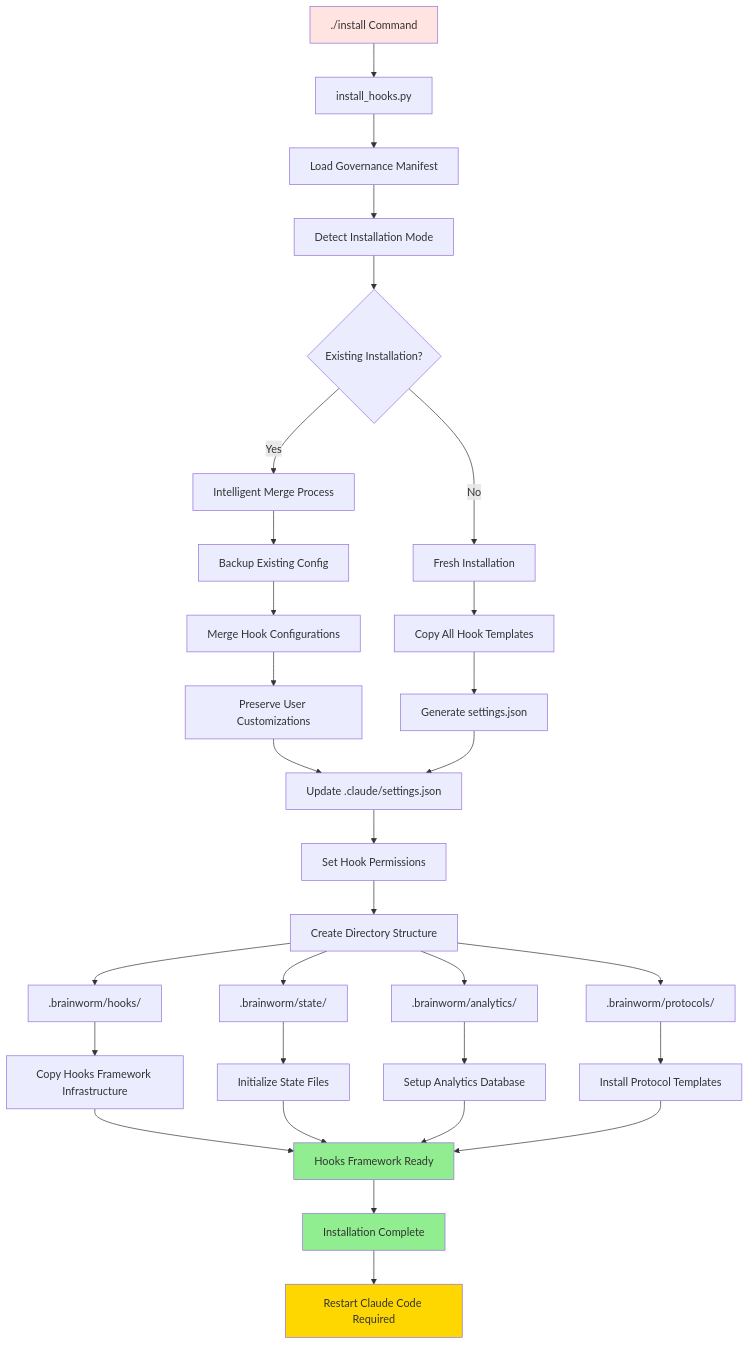
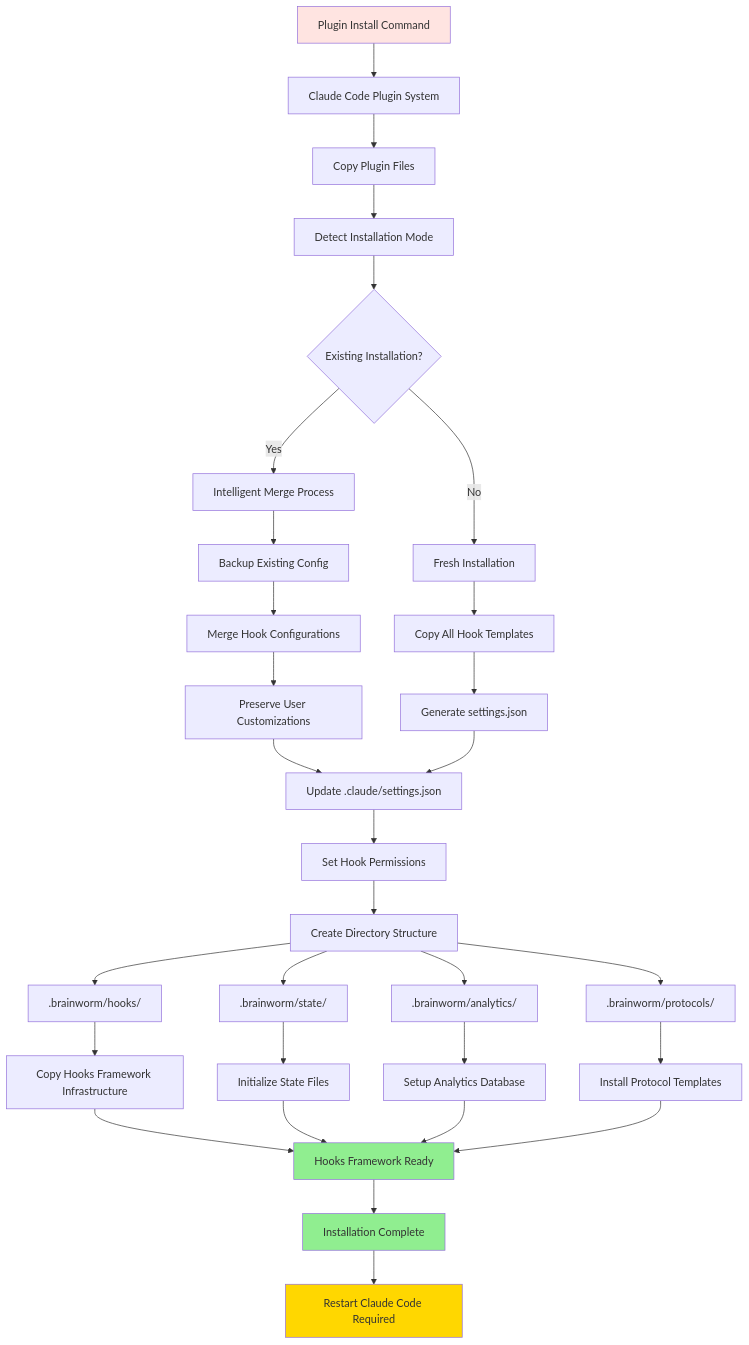
The seventh of 9 diagrams in brainworm/docs/PROCESS_FLOWS.md (lsmith090/cc-plugins), drawn with Mermaid before and after one commit. The commit also changed 12 other files, not shown here.

````diff
--- a/brainworm/docs/PROCESS_FLOWS.md
+++ b/brainworm/docs/PROCESS_FLOWS.md
@@ -312,47 +312,47 @@
 ```mermaid
 graph TD
-    A[./install Command] --> B[install_hooks.py]
-    
-    B --> C[Load Governance Manifest]
+    A[Plugin Install Command] --> B[Claude Code Plugin System]
+
+    B --> C[Copy Plugin Files]
     C --> D[Detect Installation Mode]
     
     D --> E{Existing Installation?}
     E -->|Yes| F[Intelligent Merge Process]
     E -->|No| G[Fresh Installation]
     
     F --> H[Backup Existing Config]
     H --> I[Merge Hook Configurations]
     I --> J[Preserve User Customizations]
     
     G --> K[Copy All Hook Templates]
     K --> L[Generate settings.json]
     
     J --> M[Update .claude/settings.json]
     L --> M
     
     M --> N[Set Hook Permissions]
     N --> O[Create Directory Structure]
     
     O --> P[.brainworm/hooks/]
     O --> Q[.brainworm/state/]
     O --> R[.brainworm/analytics/]
     O --> S[.brainworm/protocols/]
     
     P --> T[Copy Hooks Framework Infrastructure]
     Q --> U[Initialize State Files]
     R --> V[Setup Analytics Database]
     S --> W[Install Protocol Templates]
     
     T --> X[Hooks Framework Ready]
     U --> X
     V --> X
     W --> X
     
     X --> Y[Installation Complete]
     Y --> Z[Restart Claude Code Required]
     
     style A fill:#FFE4E1
     style X fill:#90EE90
     style Y fill:#90EE90
     style Z fill:#FFD700
 ```
````
